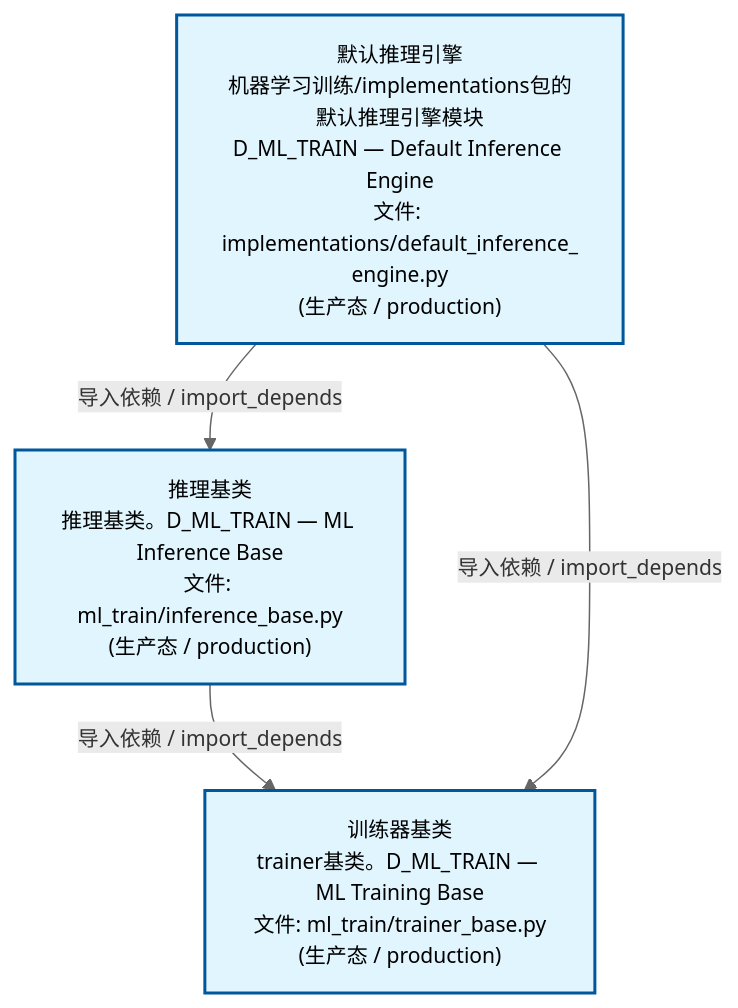
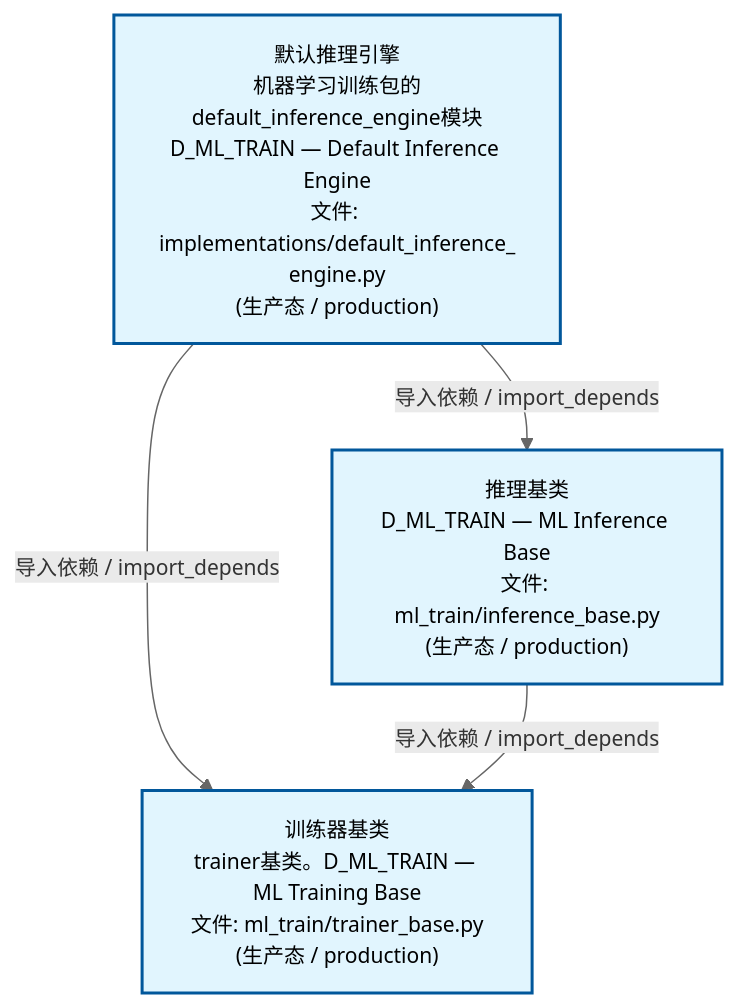
One commit to xuanFelixVan/ZephyrAlpha changed the second of 4 diagrams in docs/02_enterprise_architecture/02_domain_architecture_docs/61_d_ml_train.md. Above: the diagram before and after it, drawn with Mermaid. The commit also changed other lines of this file and 61 other files, not shown here.

````diff
--- a/docs/02_enterprise_architecture/02_domain_architecture_docs/61_d_ml_train.md
+++ b/docs/02_enterprise_architecture/02_domain_architecture_docs/61_d_ml_train.md
@@ -99,15 +99,15 @@
 ```mermaid
 %%{init: {'theme': 'base', 'themeVariables': {'primaryColor': '#eaeaea', 'primaryTextColor': '#333333', 'primaryBorderColor': '#666666', 'lineColor': '#666666', 'secondaryColor': '#eaeaea', 'tertiaryColor': '#eaeaea', 'fontSize': '14px'}}}%%
 flowchart TD
-    src_zephyr_ml_train_implementations_default_inference_engine_py["默认推理引擎<br/>机器学习训练/implementations包的默认推理引擎模块<br/>D_ML_TRAIN — Default Inference Engine<br/>文件: implementations/default_inference_<br/>engine.py<br/>(生产态 / production)"]
-    src_zephyr_ml_train_inference_base_py["推理基类<br/>推理基类。D_ML_TRAIN — ML Inference Base<br/>文件: ml_train/inference_base.py<br/>(生产态 / production)"]
+    src_zephyr_ml_train_implementations_default_inference_engine_py["默认推理引擎<br/>机器学习训练包的default_inference_engine模块<br/>D_ML_TRAIN — Default Inference Engine<br/>文件: implementations/default_inference_<br/>engine.py<br/>(生产态 / production)"]
+    src_zephyr_ml_train_inference_base_py["推理基类<br/>D_ML_TRAIN — ML Inference Base<br/>文件: ml_train/inference_base.py<br/>(生产态 / production)"]
     src_zephyr_ml_train_trainer_base_py["训练器基类<br/>trainer基类。D_ML_TRAIN — ML Training Base<br/>文件: ml_train/trainer_base.py<br/>(生产态 / production)"]
-    src_zephyr_ml_train_inference_base_py -->|导入依赖 / import_depends| src_zephyr_ml_train_trainer_base_py
     src_zephyr_ml_train_implementations_default_inference_engine_py -->|导入依赖 / import_depends| src_zephyr_ml_train_trainer_base_py
     src_zephyr_ml_train_implementations_default_inference_engine_py -->|导入依赖 / import_depends| src_zephyr_ml_train_inference_base_py
+    src_zephyr_ml_train_inference_base_py -->|导入依赖 / import_depends| src_zephyr_ml_train_trainer_base_py
     classDef production fill:#e1f5fe,stroke:#01579b,stroke-width:2px,color:#000
     classDef design fill:#fff3e0,stroke:#e65100,stroke-width:2px,color:#000,stroke-dasharray: 5 5
     classDef external_prod fill:#e8f4fd,stroke:#0277bd,stroke-width:1px,color:#000
     classDef external_design fill:#fff8e7,stroke:#ef6c00,stroke-width:1px,color:#000,stroke-dasharray: 5 5
     class src_zephyr_ml_train_implementations_default_inference_engine_py,src_zephyr_ml_train_inference_base_py,src_zephyr_ml_train_trainer_base_py production
 ```
````
